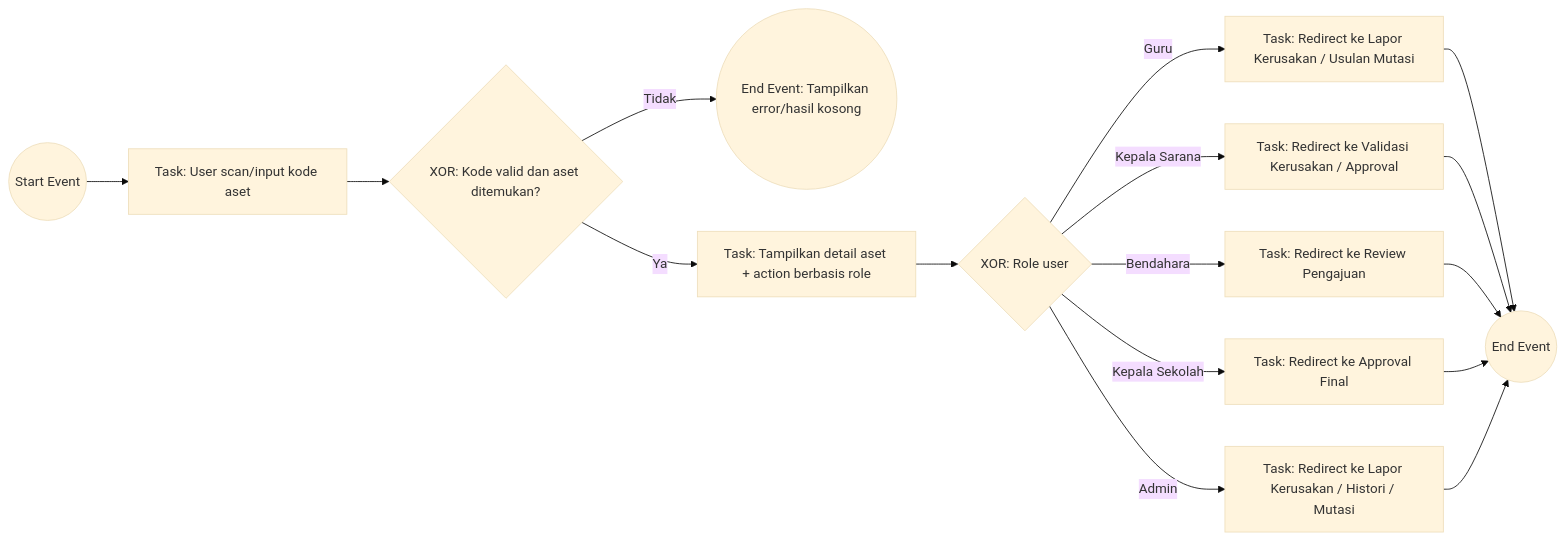
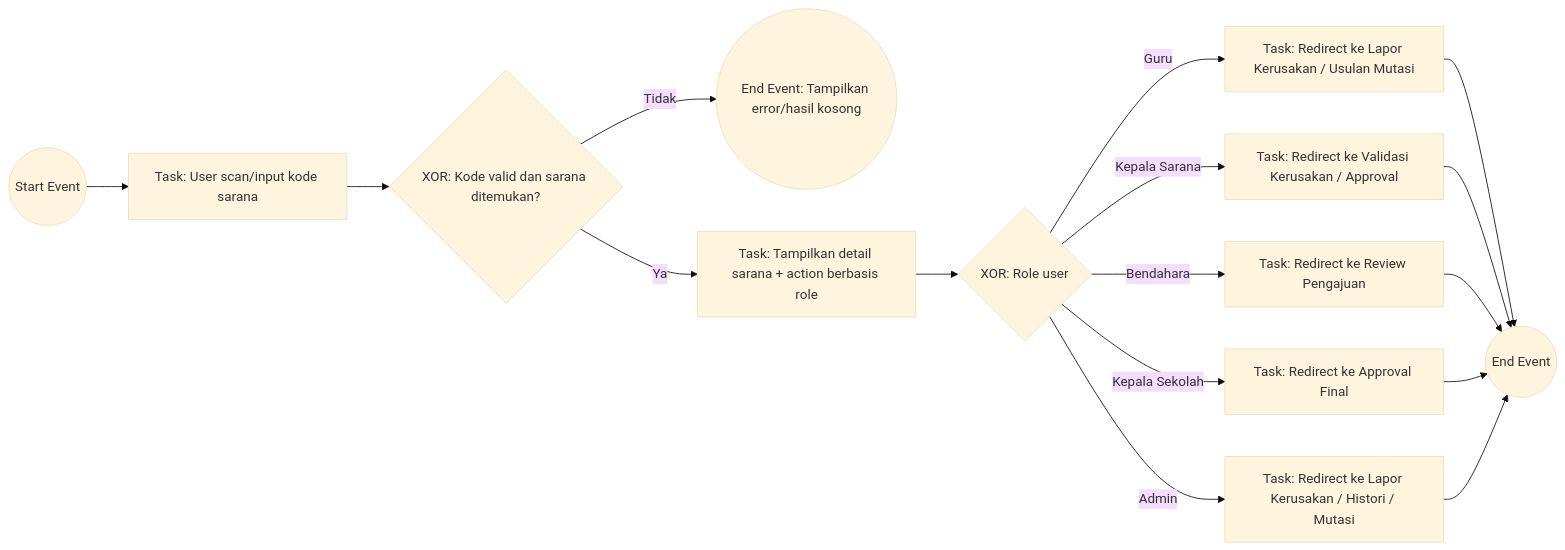
The fifth of 10 diagrams in docs/BPMN_FULL_SISTEM.md (250704/smaknis_asset_v1), drawn with Mermaid (base theme) before and after one commit. The commit also changed other lines of this file and 120 other files, not shown here.

Commit message:
Refactor aset menjadi sarana dan update fitur pengajuan

````diff
--- a/docs/BPMN_FULL_SISTEM.md
+++ b/docs/BPMN_FULL_SISTEM.md
@@ -148,18 +148,18 @@
 ```mermaid
 flowchart LR
-  A((Start Event)) --> B[Task: User scan/input kode aset]
-  B --> C{XOR: Kode valid dan aset ditemukan?}
+  A((Start Event)) --> B[Task: User scan/input kode sarana]
+  B --> C{XOR: Kode valid dan sarana ditemukan?}
   C -- Tidak --> D((End Event: Tampilkan error/hasil kosong))
-  C -- Ya --> E[Task: Tampilkan detail aset + action berbasis role]
+  C -- Ya --> E[Task: Tampilkan detail sarana + action berbasis role]
   E --> F{XOR: Role user}
   F -- Guru --> G[Task: Redirect ke Lapor Kerusakan / Usulan Mutasi]
   F -- Kepala Sarana --> H[Task: Redirect ke Validasi Kerusakan / Approval]
   F -- Bendahara --> I[Task: Redirect ke Review Pengajuan]
   F -- Kepala Sekolah --> J[Task: Redirect ke Approval Final]
   F -- Admin --> K[Task: Redirect ke Lapor Kerusakan / Histori / Mutasi]
   G --> L((End Event))
   H --> L
   I --> L
   J --> L
   K --> L
 ```
````
